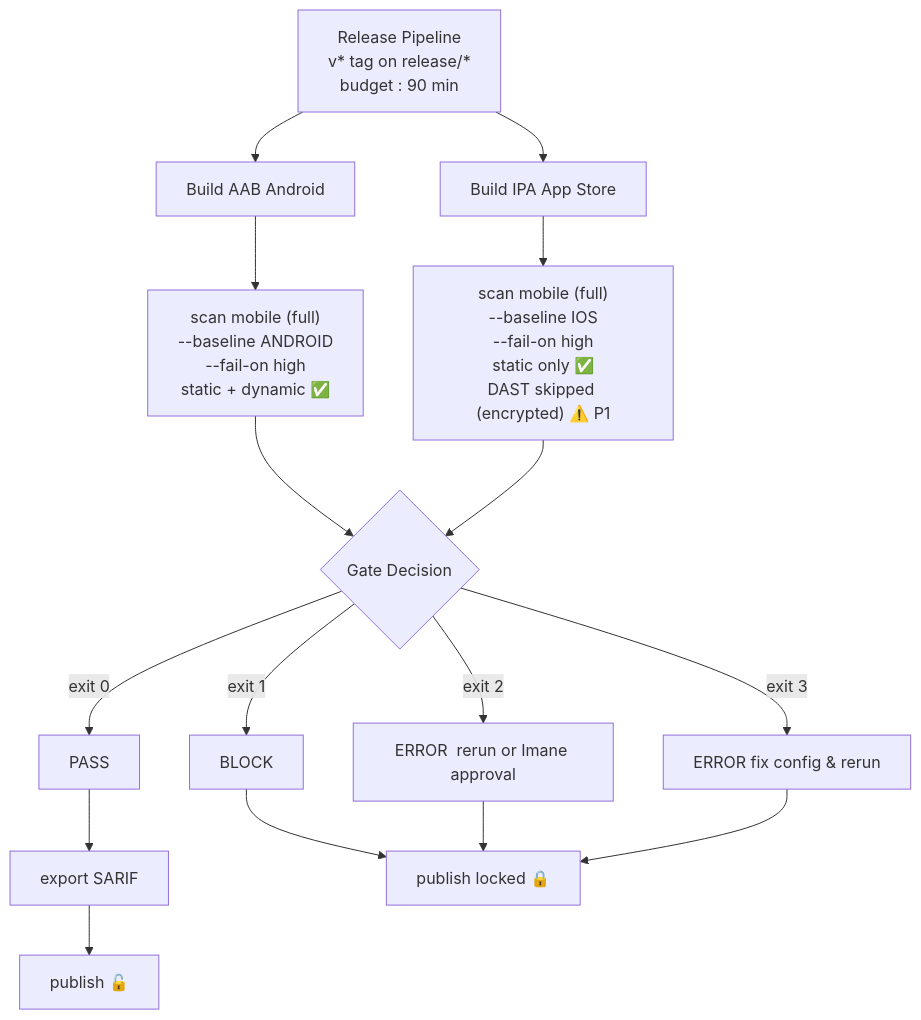
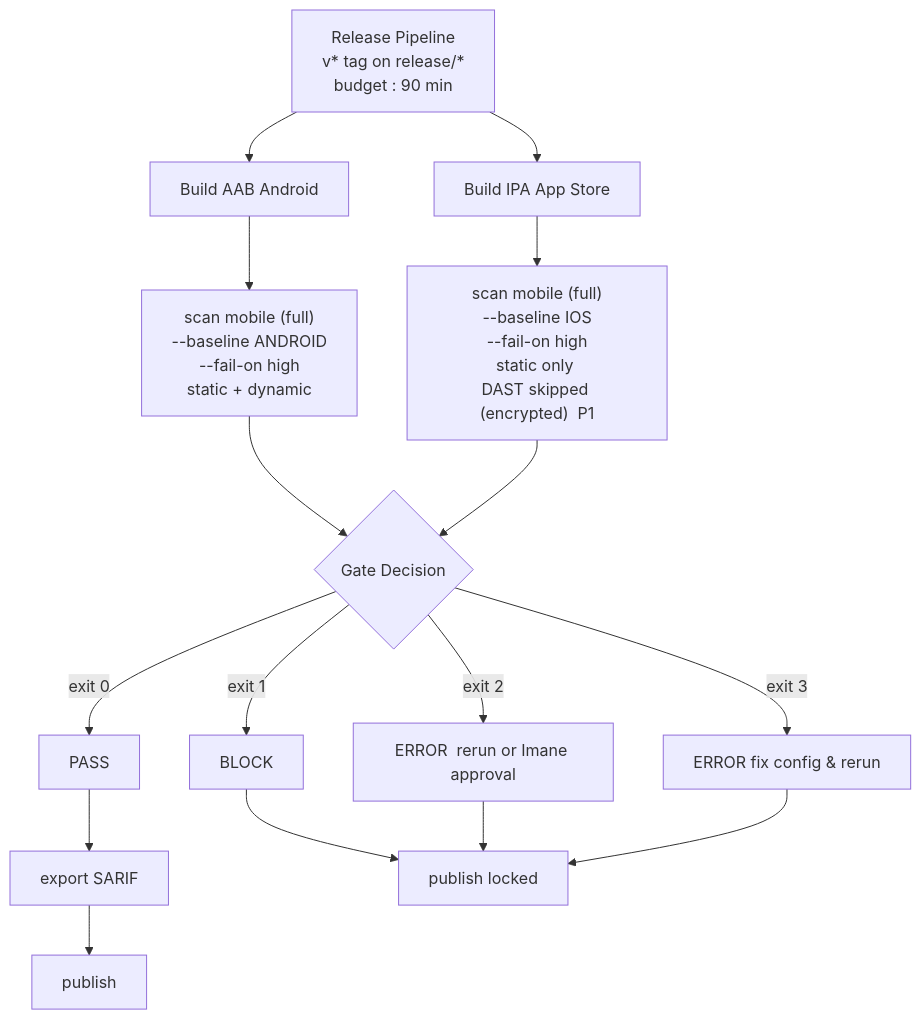
The sixth of 7 diagrams in integration_design.md (Ayoub-glitsh/lantern-kestrel-presales-assessment), drawn with Mermaid before and after one commit. The commit also changed other lines of this file, not shown here.

````diff
--- a/integration_design.md
+++ b/integration_design.md
@@ -293,27 +293,27 @@
 ```mermaid
 
 flowchart TB
     T["Release Pipeline<br/>v* tag on release/*<br/>budget : 90 min"]
 
     T --> A1["Build AAB Android"]
     T --> I1["Build IPA App Store"]
 
-    A1 --> A2["scan mobile (full)<br/>--baseline ANDROID<br/>--fail-on high<br/>static + dynamic ✅"]
-    I1 --> I2["scan mobile (full)<br/>--baseline IOS<br/>--fail-on high<br/>static only ✅<br/>DAST skipped (encrypted) ⚠️ P1"]
+    A1 --> A2["scan mobile (full)<br/>--baseline ANDROID<br/>--fail-on high<br/>static + dynamic "]
+    I1 --> I2["scan mobile (full)<br/>--baseline IOS<br/>--fail-on high<br/>static only <br/>DAST skipped (encrypted)  P1"]
 
     A2 --> G{"Gate Decision"}
     I2 --> G
 
     G -- "exit 0" --> P["PASS"]
-    P --> S["export SARIF"] --> PUB["publish 🔓"]
+    P --> S["export SARIF"] --> PUB["publish "]
 
     G -- "exit 1" --> B["BLOCK"]
-    B --> L["publish locked 🔒"]
+    B --> L["publish locked "]
 
     G -- "exit 2" --> E2["ERROR  rerun or Imane approval"]
     G -- "exit 3" --> E3["ERROR  fix config & rerun"]
     E2 --> L
     E3 --> L
 
 
 ```
````
